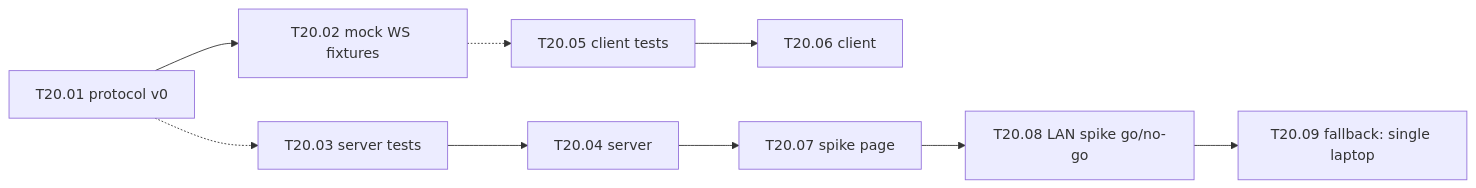
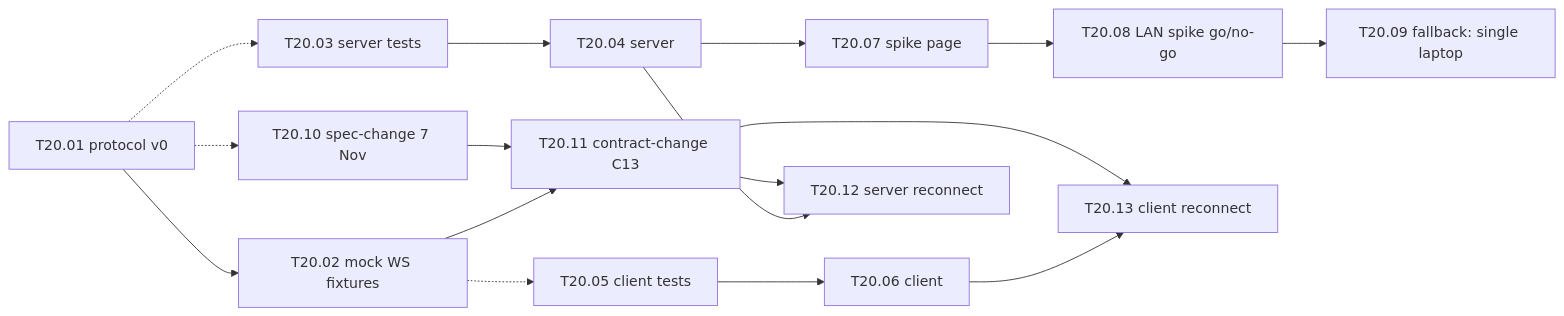
The diagram in docs/tasks/TASK-20_hab-core-skeleton.md (tashobi02/Gale-Surface-Ops), drawn with Mermaid before and after one commit. The commit also changed other lines of this file and 13 other files, not shown here.

````diff
--- a/docs/tasks/TASK-20_hab-core-skeleton.md
+++ b/docs/tasks/TASK-20_hab-core-skeleton.md
@@ -249,11 +339,18 @@
 ```mermaid
 flowchart LR
   T20_01["T20.01 protocol v0"] --> T20_02["T20.02 mock WS fixtures"]
   T20_01 -.-> T20_03["T20.03 server tests"]
   T20_03 --> T20_04["T20.04 server"]
   T20_02 -.-> T20_05["T20.05 client tests"]
   T20_05 --> T20_06["T20.06 client"]
   T20_04 --> T20_07["T20.07 spike page"]
   T20_07 --> T20_08["T20.08 LAN spike go/no-go"]
   T20_08 --> T20_09["T20.09 fallback: single laptop"]
+  T20_01 -.-> T20_10["T20.10 spec-change 7 Nov"]
+  T20_10 --> T20_11["T20.11 contract-change C13"]
+  T20_02 --> T20_11
+  T20_11 --> T20_12["T20.12 server reconnect"]
+  T20_04 --> T20_12
+  T20_11 --> T20_13["T20.13 client reconnect"]
+  T20_06 --> T20_13
 ```
````
